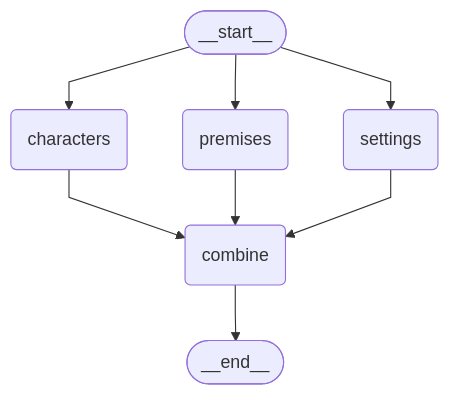
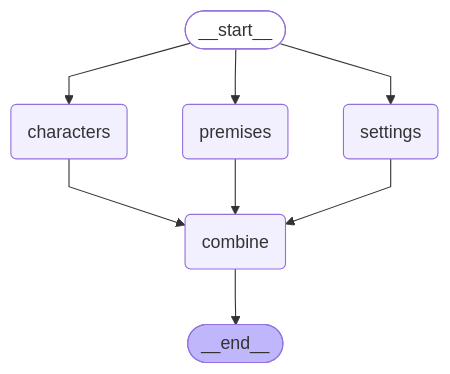
The diagram in Agentic-AI/5.Prompt Chaining/prompt_chaining_graph.mmd (mhaniffajari/Data-Science-Project), drawn with Mermaid before and after one commit. The commit also changed 9 other files, not shown here.

```diff
--- a/Agentic-AI/5.Prompt Chaining/prompt_chaining_graph.mmd
+++ b/Agentic-AI/5.Prompt Chaining/prompt_chaining_graph.mmd
@@ -1,19 +1,22 @@
 ---
 config:
   flowchart:
     curve: linear
 ---
 graph TD;
 	__start__([<p>__start__</p>]):::first
 	characters(characters)
 	settings(settings)
 	premises(premises)
 	combine(combine)
 	__end__([<p>__end__</p>]):::last
 	__start__ --> characters;
 	__start__ --> premises;
 	__start__ --> settings;
 	characters --> combine;
 	premises --> combine;
 	settings --> combine;
 	combine --> __end__;
+	classDef default fill:#f2f0ff,line-height:1.2
+	classDef first fill-opacity:0
+	classDef last fill:#bfb6fc
```
